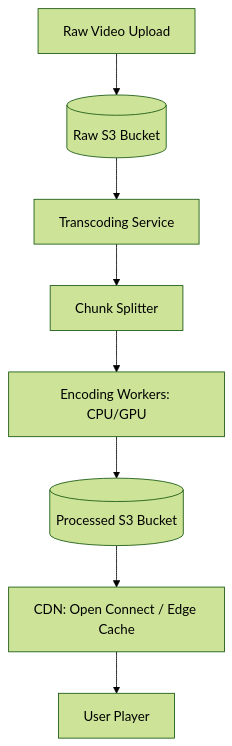
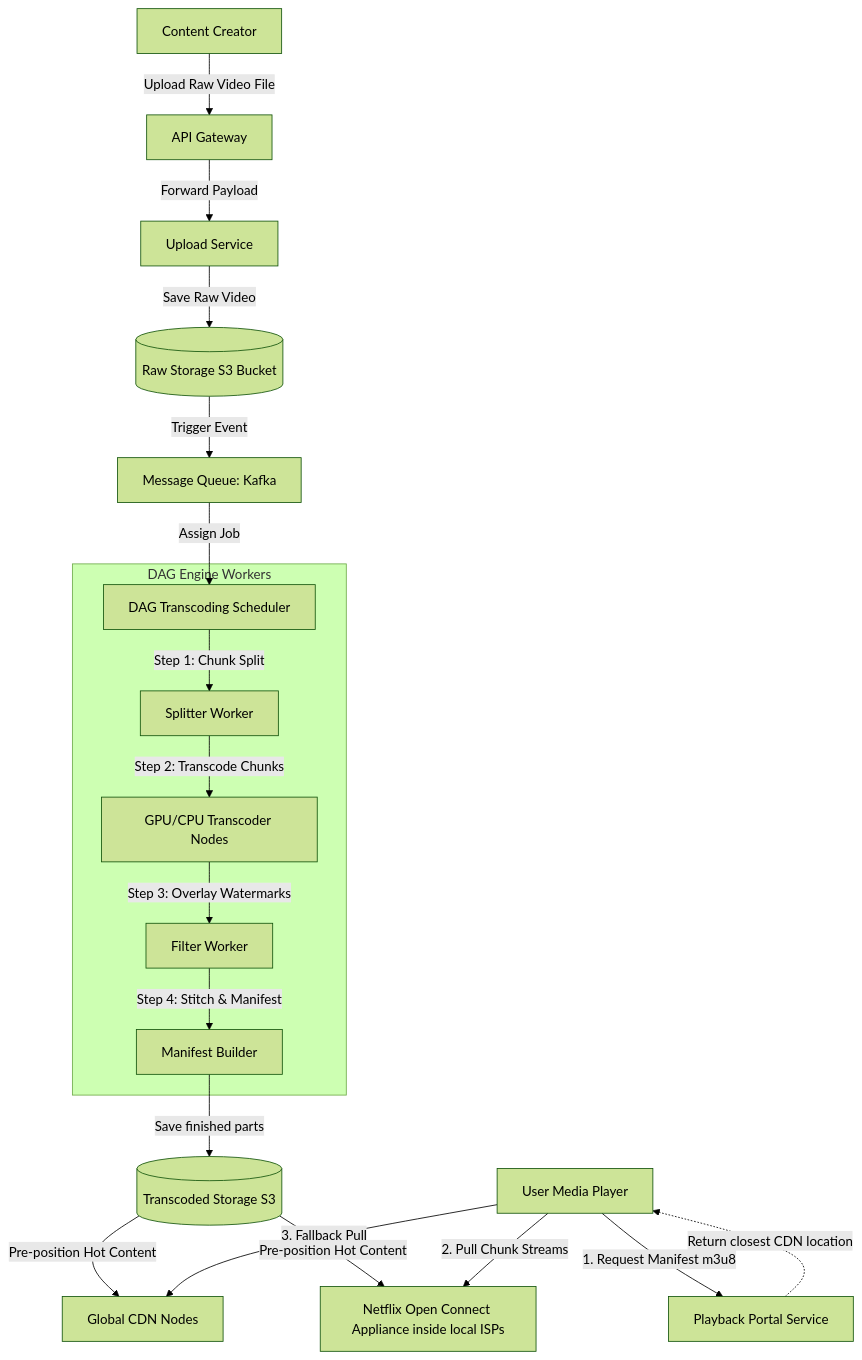
One commit to gp330841/interview changed the diagram in high-level-design/concepts/22-design-netflix.md. Above: the diagram before and after it, drawn with Mermaid (forest theme). The commit also changed other lines of this file and 66 other files, not shown here.

````diff
--- a/high-level-design/concepts/22-design-netflix.md
+++ b/high-level-design/concepts/22-design-netflix.md
@@ -16,10 +54,29 @@
 ```mermaid
 flowchart TD
-    Video[Raw Video Upload] --> Storage[(Raw S3 Bucket)]
-    Storage --> Transcoder[Transcoding Service]
-    Transcoder --> Chunk[Chunk Splitter]
-    Chunk --> Worker[Encoding Workers: CPU/GPU]
-    Worker --> Output[(Processed S3 Bucket)]
-    Output --> CDN[CDN: Open Connect / Edge Cache]
-    CDN --> User[User Player]
+    %% Ingestion
+    Creator[Content Creator] -->|Upload Raw Video File| Gateway[API Gateway]
+    Gateway -->|Forward Payload| IngestSvc[Upload Service]
+    IngestSvc -->|Save Raw Video| RawS3[(Raw Storage S3 Bucket)]
+    
+    %% Transcoding Pipeline
+    RawS3 -->|Trigger Event| TranscodeQueue[Message Queue: Kafka]
+    TranscodeQueue -->|Assign Job| Scheduler[DAG Transcoding Scheduler]
+    
+    subgraph TranscodingEngine [DAG Engine Workers]
+        Scheduler -->|Step 1: Chunk Split| Splitter[Splitter Worker]
+        Splitter -->|Step 2: Transcode Chunks| WorkerCPU[GPU/CPU Transcoder Nodes]
+        WorkerCPU -->|Step 3: Overlay Watermarks| Filter[Filter Worker]
+        Filter -->|Step 4: Stitch & Manifest| ManifestGen[Manifest Builder]
+    end
+    
+    ManifestGen -->|Save finished parts| TranscodedS3[(Transcoded Storage S3)]
+    
+    %% Distribution & Playback
+    TranscodedS3 -->|Pre-position Hot Content| CDNEdge[Global CDN Nodes]
+    TranscodedS3 -->|Pre-position Hot Content| OCA[Netflix Open Connect Appliance inside local ISPs]
+    
+    Client[User Media Player] -->|1. Request Manifest m3u8| PortalSvc[Playback Portal Service]
+    PortalSvc -.->|Return closest CDN location| Client
+    Client -->|2. Pull Chunk Streams| OCA
+    Client -->|3. Fallback Pull| CDNEdge
 ```
````
